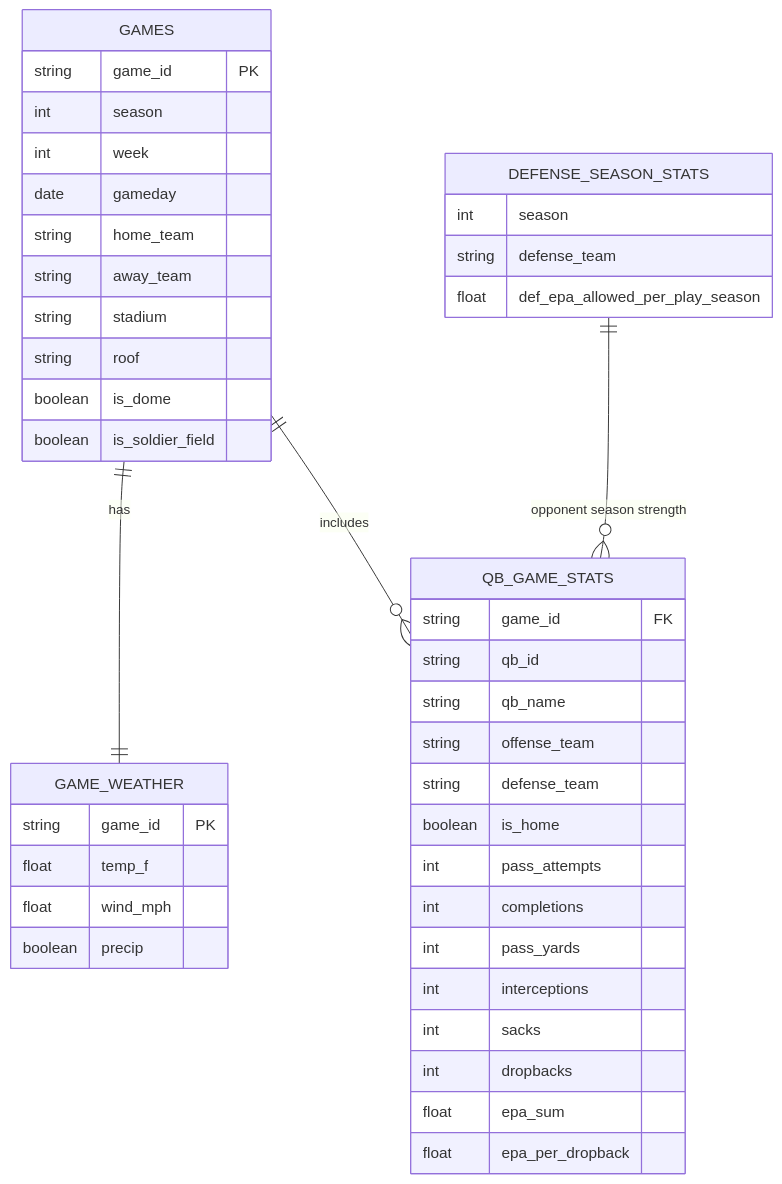
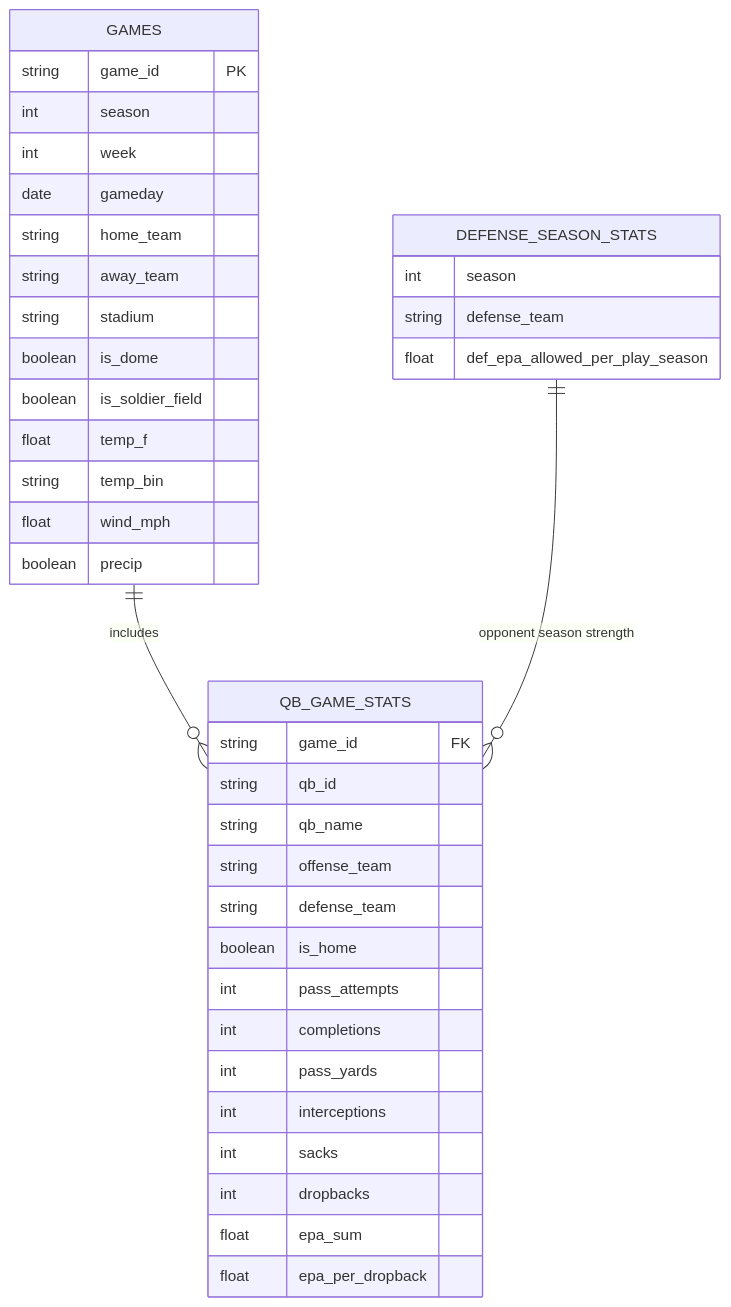
One commit to jbailey7/ChicagoPassing changed the diagram in data/README.md. Above: the diagram before and after it, drawn with Mermaid. The commit also changed other lines of this file and 2 other files, not shown here.

````diff
--- a/data/README.md
+++ b/data/README.md
@@ -3,51 +10,46 @@
 ```mermaid
 erDiagram
 
     GAMES {
         string game_id PK
         int season
         int week
         date gameday
         string home_team
         string away_team
         string stadium
-        string roof
         boolean is_dome
         boolean is_soldier_field
-    }
-
-    GAME_WEATHER {
-        string game_id PK
         float temp_f
+        string temp_bin
         float wind_mph
         boolean precip
     }
 
     QB_GAME_STATS {
         string game_id FK
         string qb_id
         string qb_name
         string offense_team
         string defense_team
         boolean is_home
         int pass_attempts
         int completions
         int pass_yards
         int interceptions
         int sacks
         int dropbacks
         float epa_sum
         float epa_per_dropback
     }
 
     DEFENSE_SEASON_STATS {
         int season
         string defense_team
         float def_epa_allowed_per_play_season
     }
 
     %% Relationships
-    GAMES ||--|| GAME_WEATHER : "has"
     GAMES ||--o{ QB_GAME_STATS : "includes"
     DEFENSE_SEASON_STATS ||--o{ QB_GAME_STATS : "opponent season strength"
 ```
````
